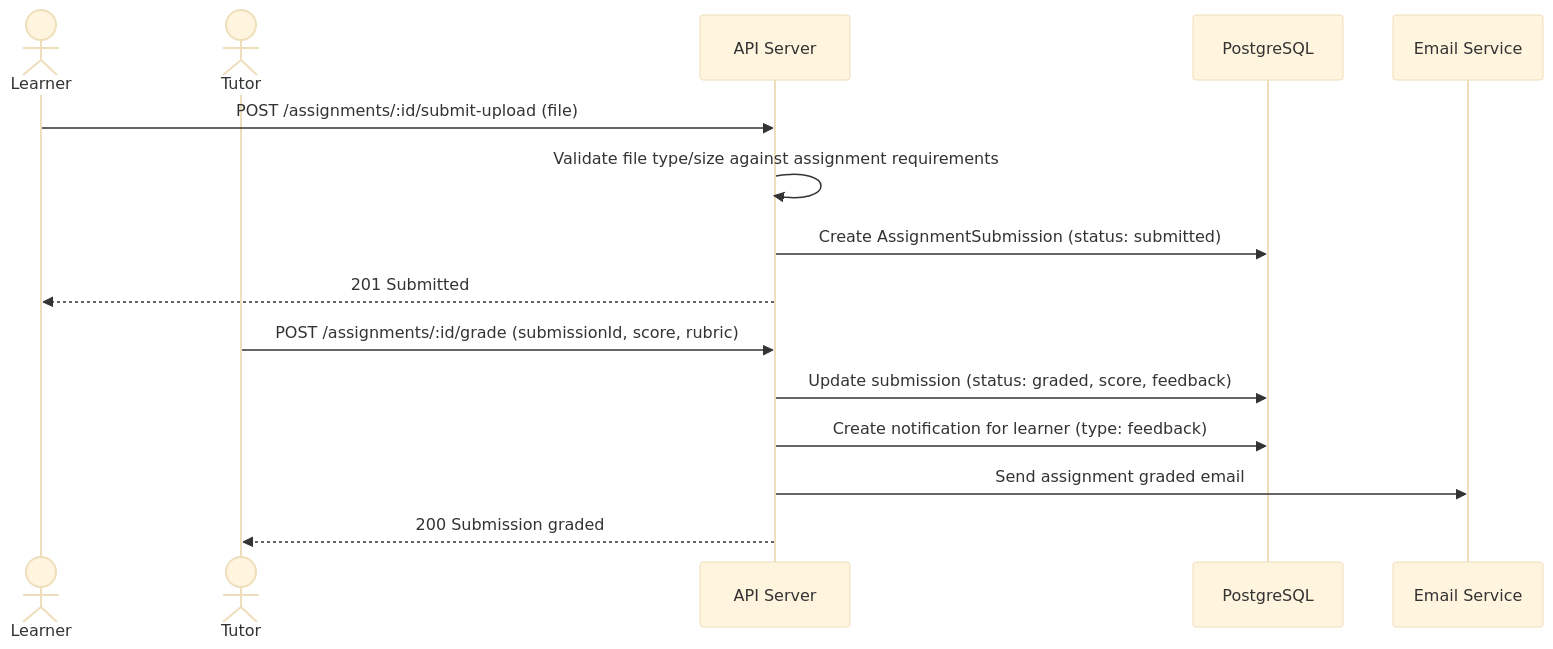
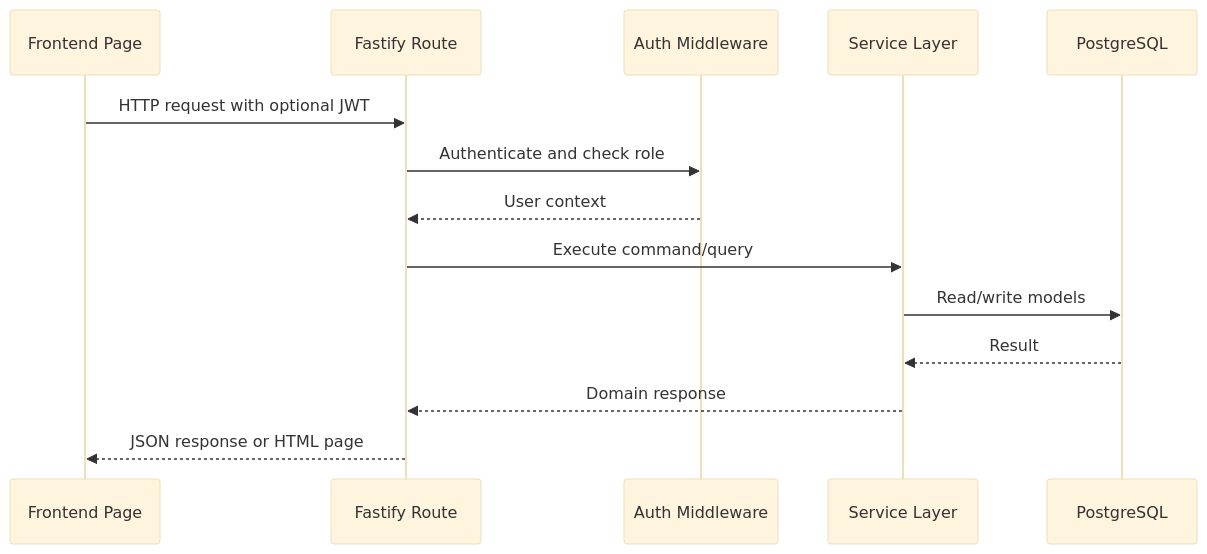
Before and after one commit to oyinlola-tech/LMS: the sixth of 8 diagrams in README.md, drawn with Mermaid (base theme). The commit also changed other lines of this file, not shown here.

````diff
--- a/README.md
+++ b/README.md
@@ -155,19 +282,17 @@
 ```mermaid
 sequenceDiagram
-    actor Learner
-    actor Tutor
-    participant API as API Server
+    participant UI as Frontend Page
+    participant API as Fastify Route
+    participant Auth as Auth Middleware
+    participant Service as Service Layer
     participant DB as PostgreSQL
-    participant SMTP as Email Service
 
-    Learner->>API: POST /assignments/:id/submit-upload (file)
-    API->>API: Validate file type/size against assignment requirements
-    API->>DB: Create AssignmentSubmission (status: submitted)
-    API-->>Learner: 201 Submitted
-
-    Tutor->>API: POST /assignments/:id/grade (submissionId, score, rubric)
-    API->>DB: Update submission (status: graded, score, feedback)
-    API->>DB: Create notification for learner (type: feedback)
-    API->>SMTP: Send assignment graded email
-    API-->>Tutor: 200 Submission graded
+    UI->>API: HTTP request with optional JWT
+    API->>Auth: Authenticate and check role
+    Auth-->>API: User context
+    API->>Service: Execute command/query
+    Service->>DB: Read/write models
+    DB-->>Service: Result
+    Service-->>API: Domain response
+    API-->>UI: JSON response or HTML page
 ```
````
